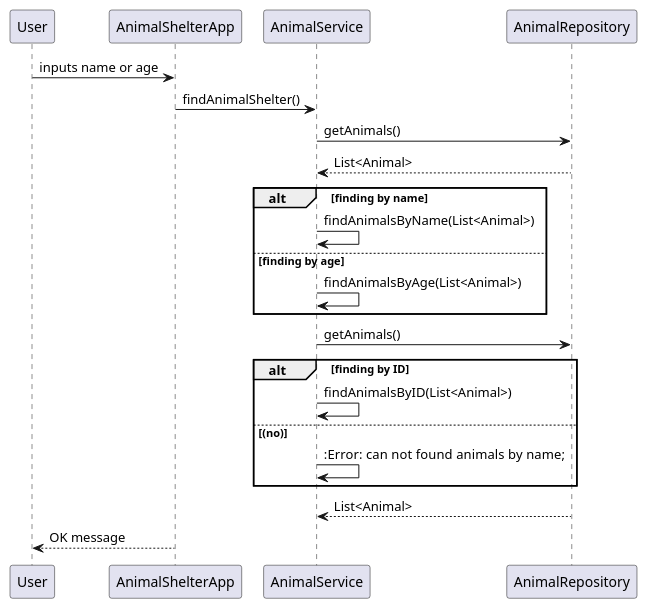
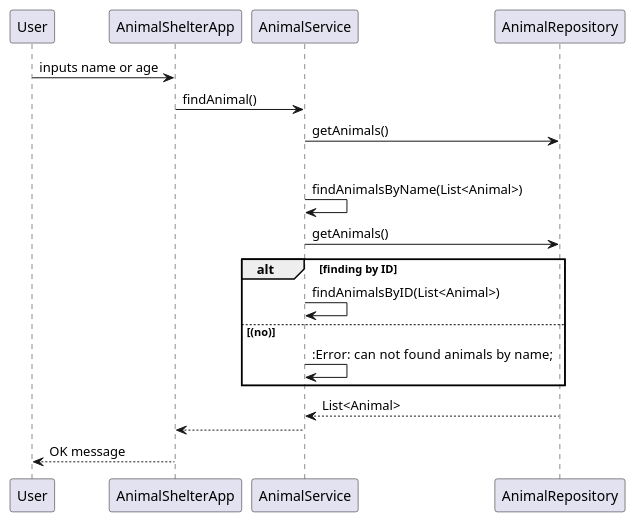
The diagram in src/main/java/AnalyseAnimalShelter/sequence_findanimal.puml (JananJavdan/AnimalShelterTestingJanan), drawn with PlantUML before and after one commit. The commit also changed 23 other files, not shown here.

```diff
--- a/src/main/java/AnalyseAnimalShelter/sequence_findanimal.puml
+++ b/src/main/java/AnalyseAnimalShelter/sequence_findanimal.puml
@@ -1,29 +1,28 @@
 @startuml
 
 User -> AnimalShelterApp : inputs name or age
-AnimalShelterApp -> AnimalService : findAnimalShelter()
+AnimalShelterApp -> AnimalService : findAnimal()
+
 
 AnimalService -> AnimalRepository : getAnimals()
-AnimalService <-- AnimalRepository : List<Animal>
 
 
 
 alt finding by name
 AnimalService -> AnimalService : findAnimalsByName(List<Animal>)
 
-else finding by age
-AnimalService -> AnimalService : findAnimalsByAge(List<Animal>)
-end
 
 AnimalService -> AnimalRepository : getAnimals()
 
 
 alt finding by ID
 AnimalService -> AnimalService : findAnimalsByID(List<Animal>)
 else (no)
 AnimalService -> AnimalService : :Error: can not found  animals by name;
 end
 AnimalService <-- AnimalRepository : List<Animal>
 
+AnimalService --> AnimalShelterApp
+
 User <-- AnimalShelterApp : OK message
 @enduml
```
